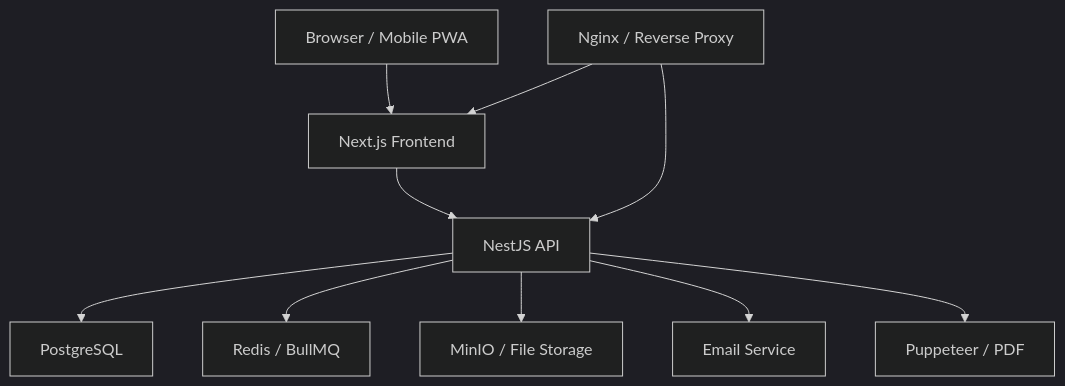
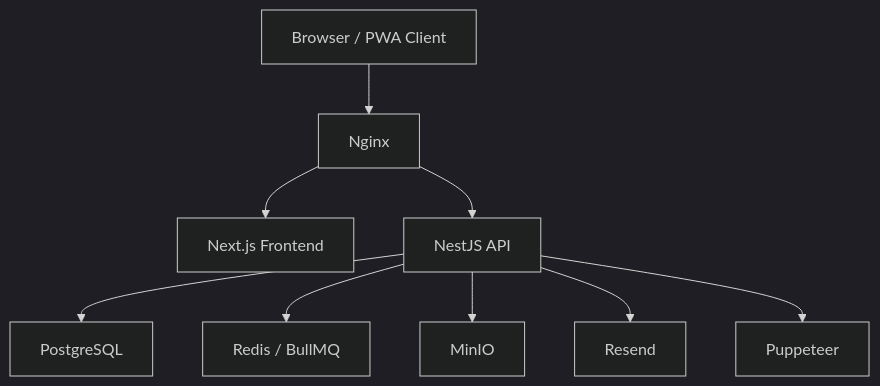
Before and after one commit to Dami-4-21/BNAA-2026-08-19-v0.1.0: the second of 4 diagrams in docs/technical-infrastructure-documentation.md, drawn with Mermaid (dark theme). The commit also changed other lines of this file, not shown here.

````diff
--- a/docs/technical-infrastructure-documentation.md
+++ b/docs/technical-infrastructure-documentation.md
@@ -288,12 +189,11 @@
 ```mermaid
 flowchart TB
-  Browser["Browser / Mobile PWA"] --> Frontend["Next.js Frontend"]
-  Frontend --> Api["NestJS API"]
+  Browser["Browser / PWA Client"] --> Nginx["Nginx"]
+  Nginx --> Frontend["Next.js Frontend"]
+  Nginx --> Api["NestJS API"]
   Api --> Postgres["PostgreSQL"]
   Api --> Redis["Redis / BullMQ"]
-  Api --> Minio["MinIO / File Storage"]
-  Api --> Resend["Email Service"]
-  Api --> Chromium["Puppeteer / PDF"]
-  Nginx["Nginx / Reverse Proxy"] --> Frontend
-  Nginx --> Api
+  Api --> Minio["MinIO"]
+  Api --> Mail["Resend"]
+  Api --> Chromium["Puppeteer"]
 ```
````
